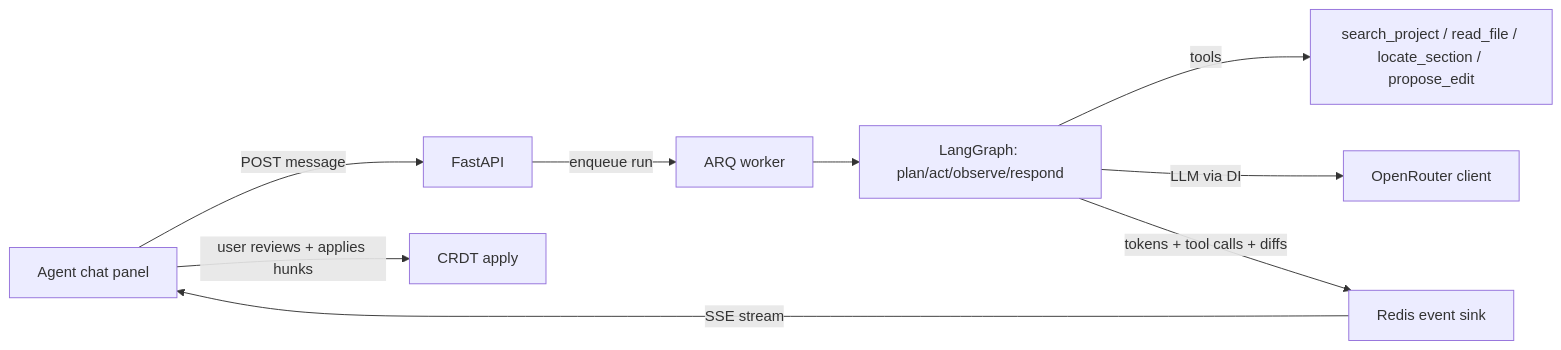
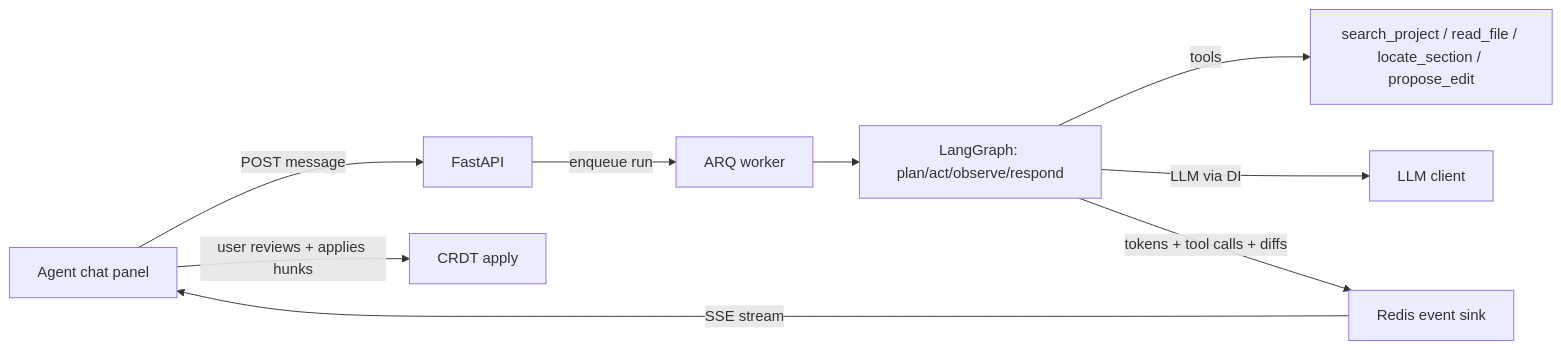
Before and after one commit to inaciolimaf/inkstave: the fourth of 4 diagrams in docs/architecture.md, drawn with Mermaid. The commit also changed 31 other files, not shown here.

````diff
--- a/docs/architecture.md
+++ b/docs/architecture.md
@@ -65,11 +65,11 @@
 ```mermaid
 flowchart LR
     Chat[Agent chat panel] -->|POST message| API[FastAPI]
     API -->|enqueue run| Worker[ARQ worker]
     Worker --> Graph[LangGraph: plan/act/observe/respond]
     Graph -->|tools| Tools[search_project / read_file / locate_section / propose_edit]
-    Graph -->|LLM via DI| LLM[OpenRouter client]
+    Graph -->|LLM via DI| LLM[LLM client]
     Graph -->|tokens + tool calls + diffs| Sink[Redis event sink]
     Sink -->|SSE stream| Chat
     Chat -->|user reviews + applies hunks| CRDT[CRDT apply]
 ```
````
